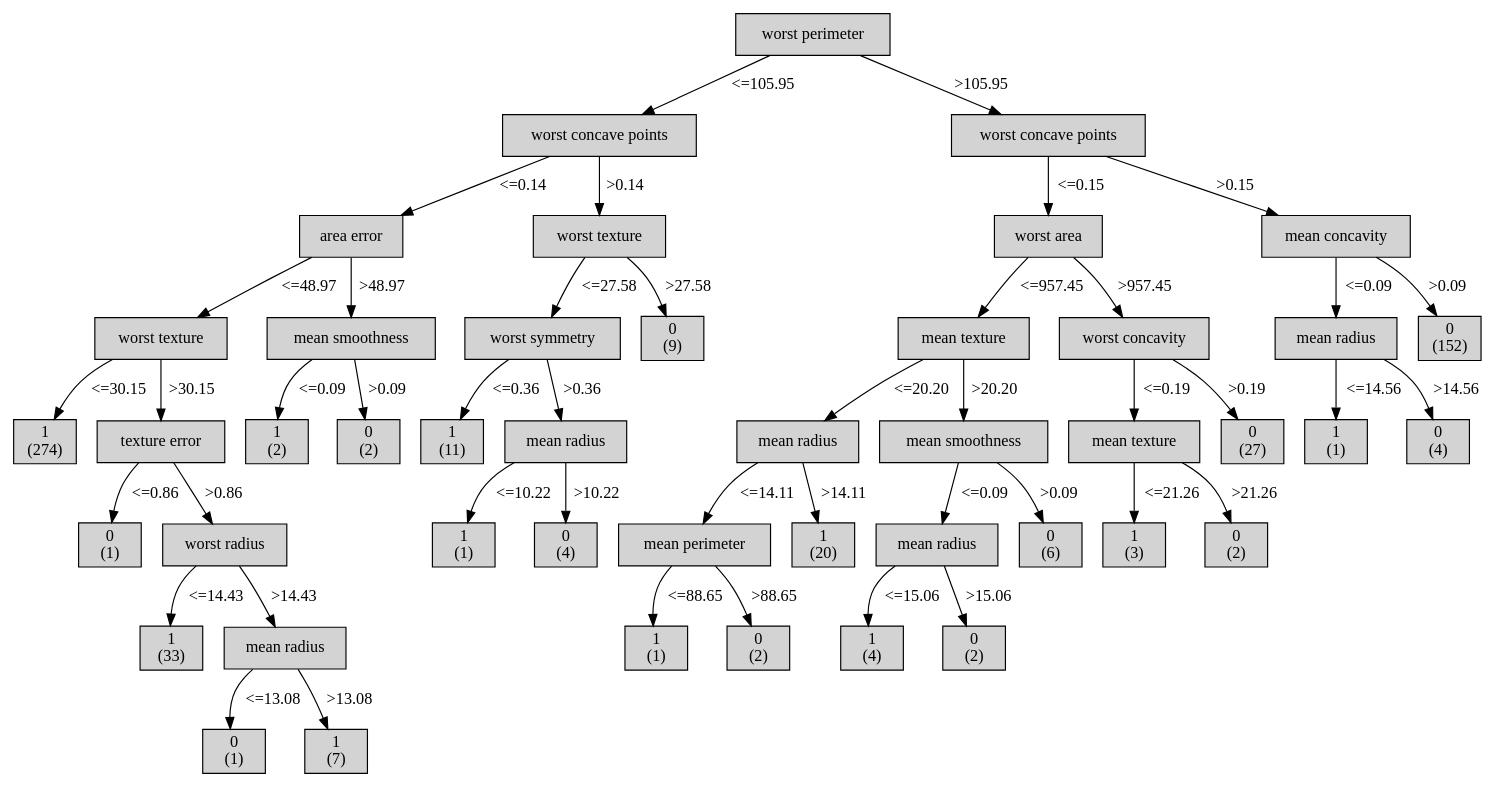
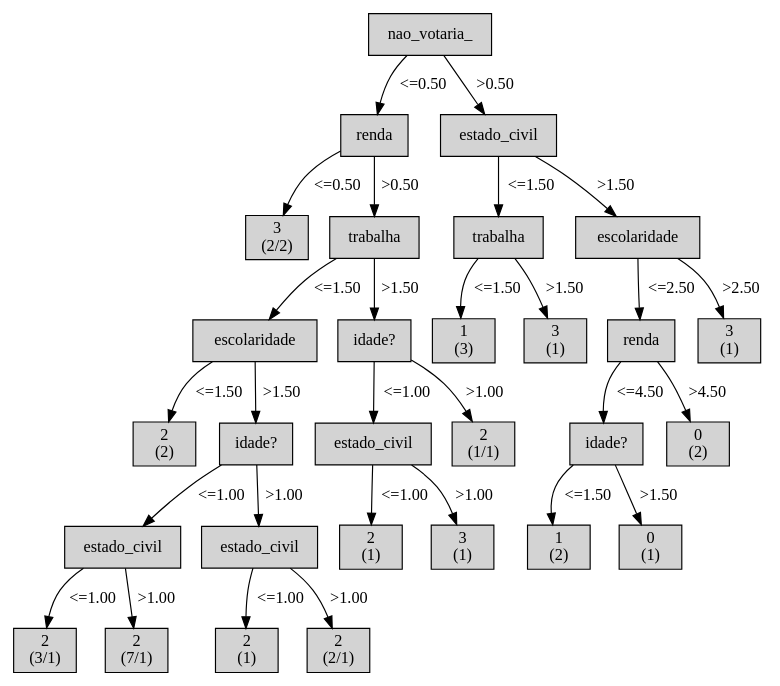
The diagram in tree.dot (CassianoSF/tae_ia2), drawn with Graphviz before and after one commit. The commit also changed 2 other files, not shown here.

```diff
--- a/tree.dot
+++ b/tree.dot
@@ -1,167 +1,110 @@
 digraph ID3_Tree {
-"0" [shape=box, style=filled, label="worst perimeter
+"0" [shape=box, style=filled, label="nao_votaria_
 ", weight=1]
-"1" [shape=box, style=filled, label="worst concave points
+"1" [shape=box, style=filled, label="renda
 ", weight=2]
-0 -> 1 [ label = "<=105.95"];
-"2" [shape=box, style=filled, label="area error
+0 -> 1 [ label = "<=0.50"];
+"2" [shape=box, style=filled, label="3
+(2/2)
 ", weight=3]
-1 -> 2 [ label = "<=0.14"];
-"3" [shape=box, style=filled, label="worst texture
+1 -> 2 [ label = "<=0.50"];
+"3" [shape=box, style=filled, label="trabalha
+", weight=3]
+1 -> 3 [ label = ">0.50"];
+"4" [shape=box, style=filled, label="escolaridade
 ", weight=4]
-2 -> 3 [ label = "<=48.97"];
-"4" [shape=box, style=filled, label="1
-(274)
+3 -> 4 [ label = "<=1.50"];
+"5" [shape=box, style=filled, label="2
+(2)
 ", weight=5]
-3 -> 4 [ label = "<=30.15"];
-"5" [shape=box, style=filled, label="texture error
+4 -> 5 [ label = "<=1.50"];
+"6" [shape=box, style=filled, label="idade?
 ", weight=5]
-3 -> 5 [ label = ">30.15"];
-"6" [shape=box, style=filled, label="0
+4 -> 6 [ label = ">1.50"];
+"7" [shape=box, style=filled, label="estado_civil
+", weight=6]
+6 -> 7 [ label = "<=1.00"];
+"8" [shape=box, style=filled, label="2
+(3/1)
+", weight=7]
+7 -> 8 [ label = "<=1.00"];
+"9" [shape=box, style=filled, label="2
+(7/1)
+", weight=7]
+7 -> 9 [ label = ">1.00"];
+"10" [shape=box, style=filled, label="estado_civil
+", weight=6]
+6 -> 10 [ label = ">1.00"];
+"11" [shape=box, style=filled, label="2
+(1)
+", weight=7]
+10 -> 11 [ label = "<=1.00"];
+"12" [shape=box, style=filled, label="2
+(2/1)
+", weight=7]
+10 -> 12 [ label = ">1.00"];
+"13" [shape=box, style=filled, label="idade?
+", weight=4]
+3 -> 13 [ label = ">1.50"];
+"14" [shape=box, style=filled, label="estado_civil
+", weight=5]
+13 -> 14 [ label = "<=1.00"];
+"15" [shape=box, style=filled, label="2
 (1)
 ", weight=6]
-5 -> 6 [ label = "<=0.86"];
-"7" [shape=box, style=filled, label="worst radius
+14 -> 15 [ label = "<=1.00"];
+"16" [shape=box, style=filled, label="3
+(1)
 ", weight=6]
-5 -> 7 [ label = ">0.86"];
-"8" [shape=box, style=filled, label="1
-(33)
-", weight=7]
-7 -> 8 [ label = "<=14.43"];
-"9" [shape=box, style=filled, label="mean radius
-", weight=7]
-7 -> 9 [ label = ">14.43"];
-"10" [shape=box, style=filled, label="0
+14 -> 16 [ label = ">1.00"];
+"17" [shape=box, style=filled, label="2
+(1/1)
+", weight=5]
+13 -> 17 [ label = ">1.00"];
+"18" [shape=box, style=filled, label="estado_civil
+", weight=2]
+0 -> 18 [ label = ">0.50"];
+"19" [shape=box, style=filled, label="trabalha
+", weight=3]
+18 -> 19 [ label = "<=1.50"];
+"20" [shape=box, style=filled, label="1
+(3)
+", weight=4]
+19 -> 20 [ label = "<=1.50"];
+"21" [shape=box, style=filled, label="3
 (1)
-", weight=8]
-9 -> 10 [ label = "<=13.08"];
-"11" [shape=box, style=filled, label="1
-(7)
-", weight=8]
-9 -> 11 [ label = ">13.08"];
-"12" [shape=box, style=filled, label="mean smoothness
 ", weight=4]
-2 -> 12 [ label = ">48.97"];
-"13" [shape=box, style=filled, label="1
+19 -> 21 [ label = ">1.50"];
+"22" [shape=box, style=filled, label="escolaridade
+", weight=3]
+18 -> 22 [ label = ">1.50"];
+"23" [shape=box, style=filled, label="renda
+", weight=4]
+22 -> 23 [ label = "<=2.50"];
+"24" [shape=box, style=filled, label="idade?
+", weight=5]
+23 -> 24 [ label = "<=4.50"];
+"25" [shape=box, style=filled, label="1
+(2)
+", weight=6]
+24 -> 25 [ label = "<=1.50"];
+"26" [shape=box, style=filled, label="0
+(1)
+", weight=6]
+24 -> 26 [ label = ">1.50"];
+"27" [shape=box, style=filled, label="0
 (2)
 ", weight=5]
-12 -> 13 [ label = "<=0.09"];
-"14" [shape=box, style=filled, label="0
-(2)
-", weight=5]
-12 -> 14 [ label = ">0.09"];
-"15" [shape=box, style=filled, label="worst texture
-", weight=3]
-1 -> 15 [ label = ">0.14"];
-"16" [shape=box, style=filled, label="worst symmetry
+23 -> 27 [ label = ">4.50"];
+"28" [shape=box, style=filled, label="3
+(1)
 ", weight=4]
-15 -> 16 [ label = "<=27.58"];
-"17" [shape=box, style=filled, label="1
-(11)
-", weight=5]
-16 -> 17 [ label = "<=0.36"];
-"18" [shape=box, style=filled, label="mean radius
-", weight=5]
-16 -> 18 [ label = ">0.36"];
-"19" [shape=box, style=filled, label="1
-(1)
-", weight=6]
-18 -> 19 [ label = "<=10.22"];
-"20" [shape=box, style=filled, label="0
-(4)
-", weight=6]
-18 -> 20 [ label = ">10.22"];
-"21" [shape=box, style=filled, label="0
-(9)
-", weight=4]
-15 -> 21 [ label = ">27.58"];
-"22" [shape=box, style=filled, label="worst concave points
-", weight=2]
-0 -> 22 [ label = ">105.95"];
-"23" [shape=box, style=filled, label="worst area
-", weight=3]
-22 -> 23 [ label = "<=0.15"];
-"24" [shape=box, style=filled, label="mean texture
-", weight=4]
-23 -> 24 [ label = "<=957.45"];
-"25" [shape=box, style=filled, label="mean radius
-", weight=5]
-24 -> 25 [ label = "<=20.20"];
-"26" [shape=box, style=filled, label="mean perimeter
-", weight=6]
-25 -> 26 [ label = "<=14.11"];
-"27" [shape=box, style=filled, label="1
-(1)
-", weight=7]
-26 -> 27 [ label = "<=88.65"];
-"28" [shape=box, style=filled, label="0
-(2)
-", weight=7]
-26 -> 28 [ label = ">88.65"];
-"29" [shape=box, style=filled, label="1
-(20)
-", weight=6]
-25 -> 29 [ label = ">14.11"];
-"30" [shape=box, style=filled, label="mean smoothness
-", weight=5]
-24 -> 30 [ label = ">20.20"];
-"31" [shape=box, style=filled, label="mean radius
-", weight=6]
-30 -> 31 [ label = "<=0.09"];
-"32" [shape=box, style=filled, label="1
-(4)
-", weight=7]
-31 -> 32 [ label = "<=15.06"];
-"33" [shape=box, style=filled, label="0
-(2)
-", weight=7]
-31 -> 33 [ label = ">15.06"];
-"34" [shape=box, style=filled, label="0
-(6)
-", weight=6]
-30 -> 34 [ label = ">0.09"];
-"35" [shape=box, style=filled, label="worst concavity
-", weight=4]
-23 -> 35 [ label = ">957.45"];
-"36" [shape=box, style=filled, label="mean texture
-", weight=5]
-35 -> 36 [ label = "<=0.19"];
-"37" [shape=box, style=filled, label="1
-(3)
-", weight=6]
-36 -> 37 [ label = "<=21.26"];
-"38" [shape=box, style=filled, label="0
-(2)
-", weight=6]
-36 -> 38 [ label = ">21.26"];
-"39" [shape=box, style=filled, label="0
-(27)
-", weight=5]
-35 -> 39 [ label = ">0.19"];
-"40" [shape=box, style=filled, label="mean concavity
-", weight=3]
-22 -> 40 [ label = ">0.15"];
-"41" [shape=box, style=filled, label="mean radius
-", weight=4]
-40 -> 41 [ label = "<=0.09"];
-"42" [shape=box, style=filled, label="1
-(1)
-", weight=5]
-41 -> 42 [ label = "<=14.56"];
-"43" [shape=box, style=filled, label="0
-(4)
-", weight=5]
-41 -> 43 [ label = ">14.56"];
-"44" [shape=box, style=filled, label="0
-(152)
-", weight=4]
-40 -> 44 [ label = ">0.09"];
+22 -> 28 [ label = ">2.50"];
 {rank=same; 0;};
-{rank=same; 1;22;};
-{rank=same; 2;15;23;40;};
-{rank=same; 3;12;16;21;24;35;41;44;};
-{rank=same; 4;5;13;14;17;18;25;30;36;39;42;43;};
-{rank=same; 6;7;19;20;26;29;31;34;37;38;};
-{rank=same; 8;9;27;28;32;33;};
-{rank=same; 10;11;};
+{rank=same; 1;18;};
+{rank=same; 2;3;19;22;};
+{rank=same; 4;13;20;21;23;28;};
+{rank=same; 5;6;14;17;24;27;};
+{rank=same; 7;10;15;16;25;26;};
+{rank=same; 8;9;11;12;};
 }
```
